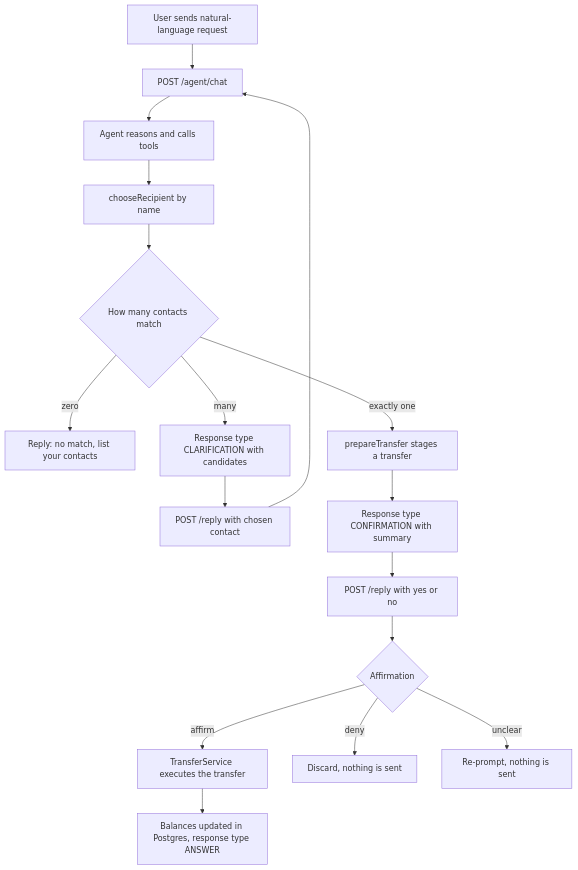
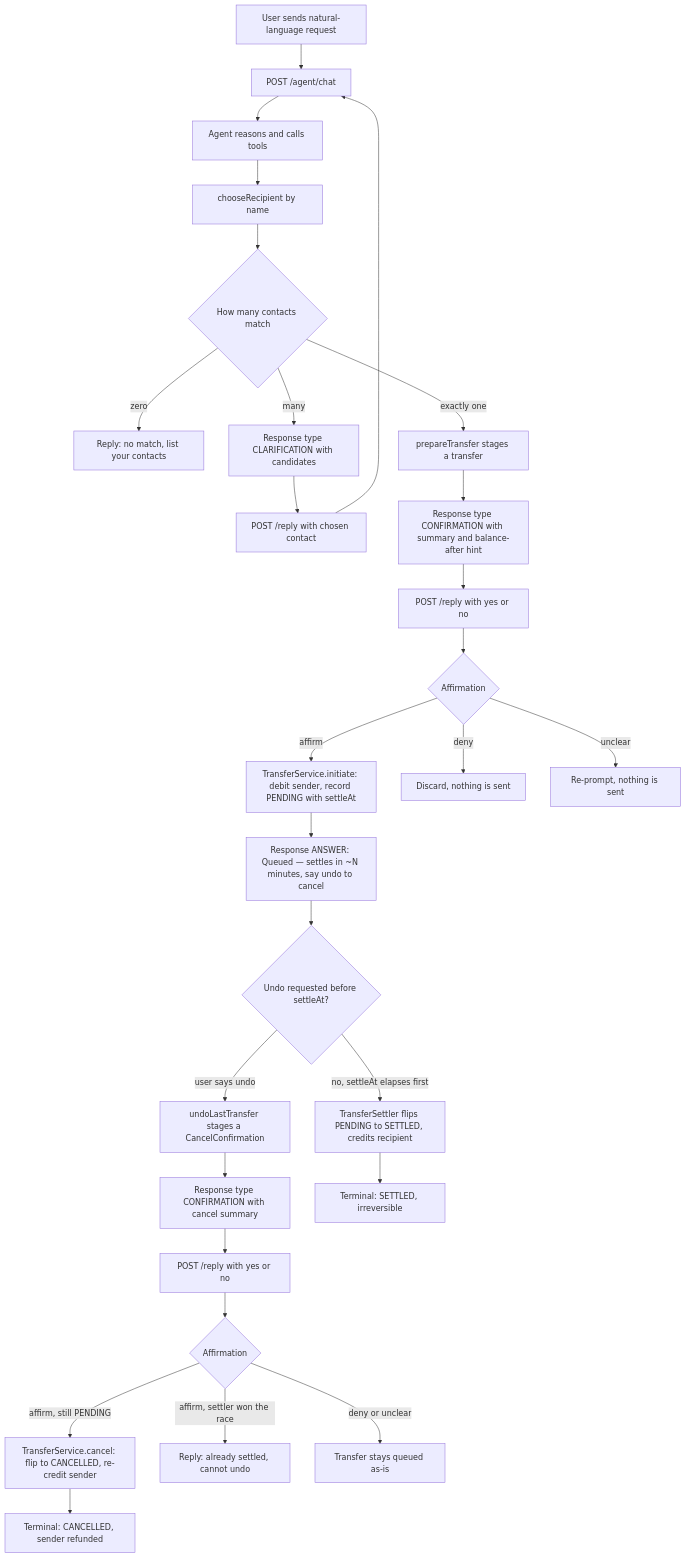
The first of 3 diagrams in docs/agent-flow.md (adityamparikh/koog-spring-boot), drawn with Mermaid before and after one commit. The commit also changed other lines of this file, not shown here.

First line of the commit message:
docs(agent-flow): update diagrams for async settlement & agent package split

````diff
--- a/docs/agent-flow.md
+++ b/docs/agent-flow.md
@@ -25,22 +29,36 @@
 ```mermaid
 flowchart TD
     U[User sends natural-language request] --> CHAT[POST /agent/chat]
     CHAT --> AGENT[Agent reasons and calls tools]
 
     AGENT --> LOOKUP[chooseRecipient by name]
     LOOKUP --> MATCH{How many contacts match}
     MATCH -->|zero| NOPE[Reply: no match, list your contacts]
     MATCH -->|many| CLARIFY[Response type CLARIFICATION with candidates]
     MATCH -->|exactly one| STAGE[prepareTransfer stages a transfer]
 
     CLARIFY --> PICK[POST /reply with chosen contact]
     PICK --> CHAT
 
-    STAGE --> CONFIRM[Response type CONFIRMATION with summary]
+    STAGE --> CONFIRM[Response type CONFIRMATION with summary and balance-after hint]
     CONFIRM --> ANSWER[POST /reply with yes or no]
     ANSWER --> AFF{Affirmation}
-    AFF -->|affirm| EXEC[TransferService executes the transfer]
+    AFF -->|affirm| INIT["TransferService.initiate: debit sender, record PENDING with settleAt"]
     AFF -->|deny| DROP[Discard, nothing is sent]
     AFF -->|unclear| REPROMPT[Re-prompt, nothing is sent]
-    EXEC --> DONE[Balances updated in Postgres, response type ANSWER]
+    INIT --> QUEUED["Response ANSWER: Queued — settles in ~N minutes, say undo to cancel"]
+
+    QUEUED --> RACE{Undo requested before settleAt?}
+    RACE -->|user says undo| UNDOTOOL[undoLastTransfer stages a CancelConfirmation]
+    RACE -->|no, settleAt elapses first| SETTLE["TransferSettler flips PENDING to SETTLED, credits recipient"]
+
+    UNDOTOOL --> UCONFIRM[Response type CONFIRMATION with cancel summary]
+    UCONFIRM --> UANSWER[POST /reply with yes or no]
+    UANSWER --> UAFF{Affirmation}
+    UAFF -->|affirm, still PENDING| CANCEL["TransferService.cancel: flip to CANCELLED, re-credit sender"]
+    UAFF -->|affirm, settler won the race| TOOLATE[Reply: already settled, cannot undo]
+    UAFF -->|deny or unclear| KEEP[Transfer stays queued as-is]
+
+    SETTLE --> DONE[Terminal: SETTLED, irreversible]
+    CANCEL --> DONE2[Terminal: CANCELLED, sender refunded]
 ```
````
